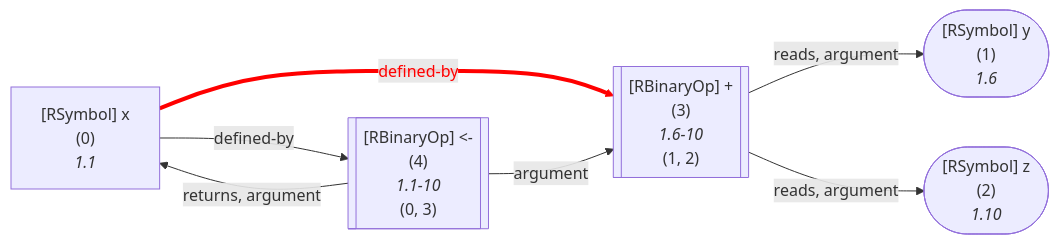
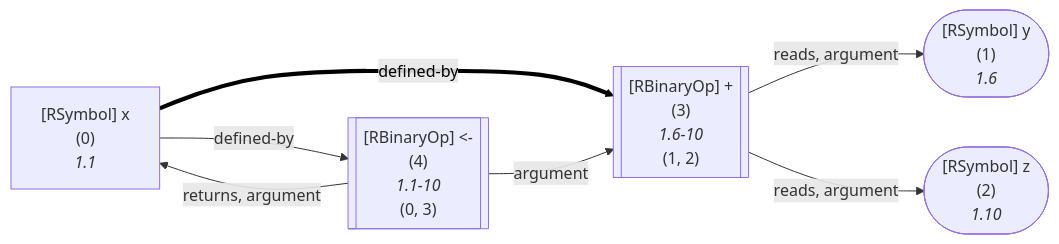
Diagram 16 of 26 in wiki/Dataflow Graph.md (flowr-analysis/flowr), drawn with Mermaid before and after one commit. The commit also changed other lines of this file and 10 other files, not shown here.

Commit message:
doc(dfg): improve documentation for the dataflow graph value

````diff
--- a/wiki/Dataflow Graph.md
+++ b/wiki/Dataflow Graph.md
@@ -1078,27 +1262,27 @@
 ```mermaid
 flowchart LR
     1(["`#91;RSymbol#93; y
       (1)
       *1.6*`"])
     2(["`#91;RSymbol#93; z
       (2)
       *1.10*`"])
     3[["`#91;RBinaryOp#93; #43;
       (3)
       *1.6-10*
     (1, 2)`"]]
     0["`#91;RSymbol#93; x
       (0)
       *1.1*`"]
     4[["`#91;RBinaryOp#93; #60;#45;
       (4)
       *1.1-10*
     (0, 3)`"]]
     3 -->|"reads, argument"| 1
     3 -->|"reads, argument"| 2
     0 -->|"defined-by"| 3
-    linkStyle 2 stroke:red,color:red,stroke-width:4px;
+    linkStyle 2 stroke:black,color:black,stroke-width:4.2px;
     0 -->|"defined-by"| 4
     4 -->|"argument"| 3
     4 -->|"returns, argument"| 0
 ```
````
